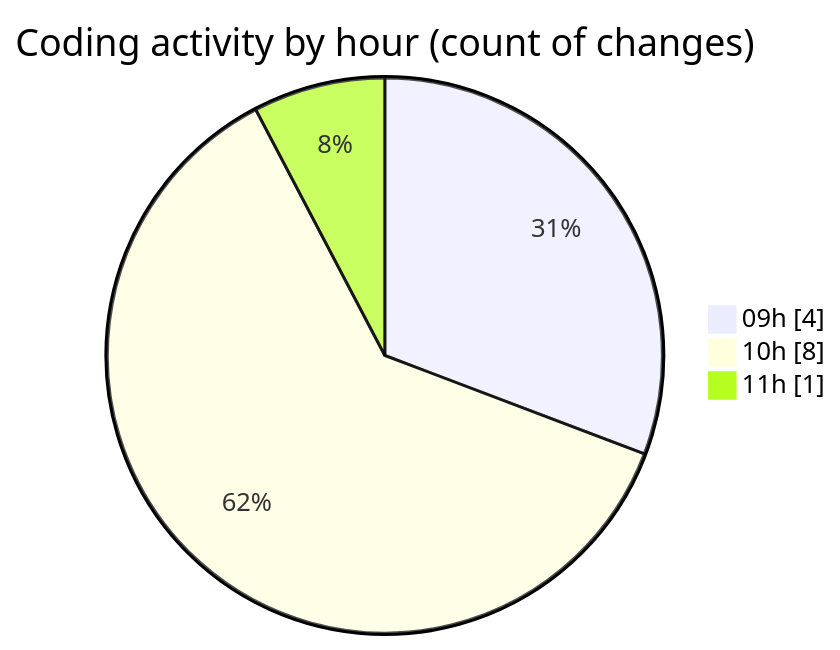
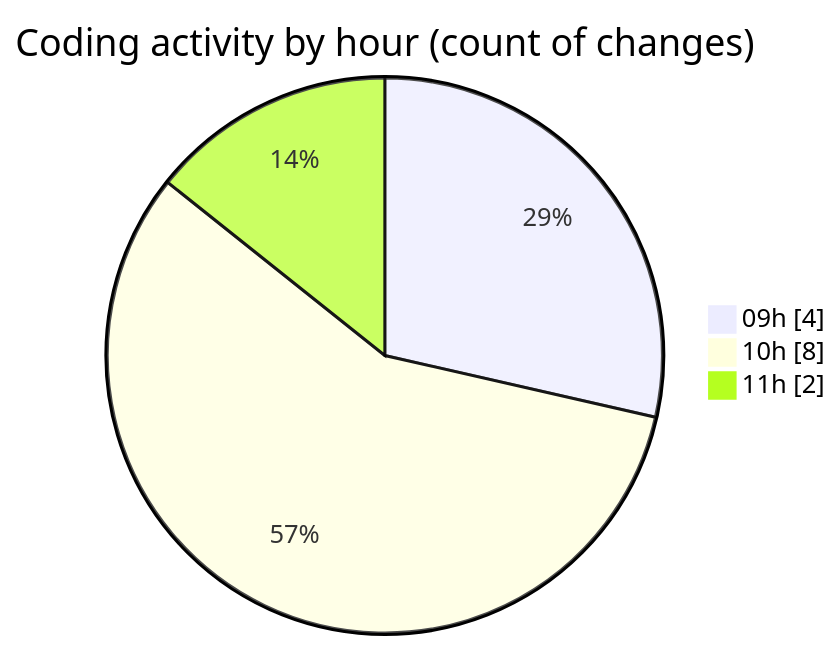
One commit to momahboobian/code-tracking changed the second of 2 diagrams in 2026-06-03/cda/README.md. Above: the diagram before and after it, drawn with Mermaid. The commit also changed other lines of this file and 1 other file, not shown here.

````diff
--- a/2026-06-03/cda/README.md
+++ b/2026-06-03/cda/README.md
@@ -39,7 +41,7 @@
 ```mermaid
 pie showData
 title Coding activity by hour (count of changes)
 "09h" : 4
 "10h" : 8
-"11h" : 1
+"11h" : 2
 ```
````
